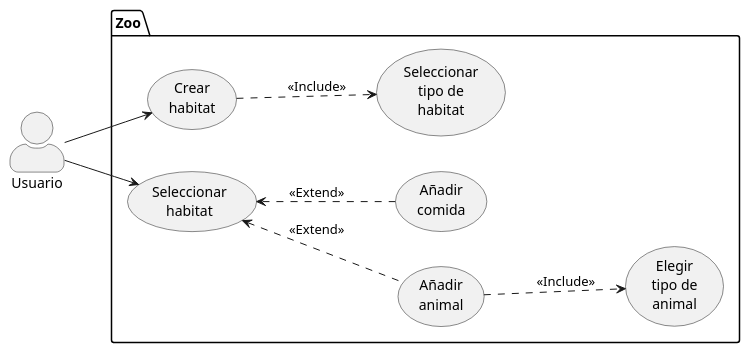
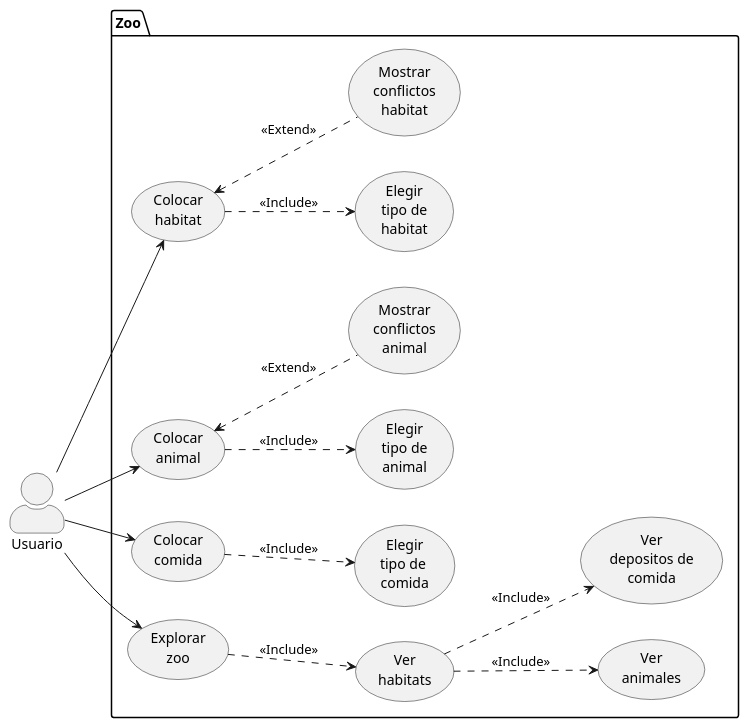
One commit to Askorin/Proyecto-Semestral changed the diagram in UML_Use_Case.puml. Above: the diagram before and after it, drawn with PlantUML.

Commit message:
Add: Nuevo diagrama de casos de uso añadido.

```diff
--- a/UML_Use_Case.puml
+++ b/UML_Use_Case.puml
@@ -1,38 +1,48 @@
 @startuml
 skinparam actorStyle awesome
 left to right direction
 
 actor Usuario as user
 
 ' Package de zoológico.
 package Zoo {
-  usecase (Crear\nhabitat) as UC1
-  usecase (Seleccionar\nhabitat) as UC2
-  usecase (Seleccionar\ntipo de\nhabitat) as UC3
+  usecase (Colocar\nhabitat) as ColHabitat
+  usecase (Colocar\nanimal) as ColAnimal
+  usecase (Colocar\ncomida) as ColComida
+  usecase (Explorar\nzoo) as ExZoo
+
+  usecase (Elegir\ntipo de\nhabitat) as TipoHabitat
+  usecase (Mostrar\nconflictos\nhabitat) as ConfHabitat
+
+  usecase (Elegir\ntipo de\nanimal) as TipoAnimal
+  usecase (Mostrar\nconflictos\nanimal) as ConfAnimal
   
-  usecase (Añadir\nanimal) as UC5
-  usecase (Añadir\ncomida) as UC6
+  usecase (Elegir\ntipo de \ncomida) as TipoComida
 
-  usecase (Elegir\ntipo de\nanimal) as UC7
+  usecase (Ver\nhabitats) as VerHabitats
+  usecase (Ver\nanimales) as VerAnimales
+  usecase (Ver\ndepositos de\ncomida) as VerDepsComida
 }
 
 
 ' Includes, un caso de uso incluye, implica, este otro caso de uso.
+ColHabitat ..> TipoHabitat : <<Include>>
+ColAnimal ..> TipoAnimal : <<Include>>
+ColComida ..> TipoComida : <<Include>>
+ExZoo ..> VerHabitats : <<Include>>
+VerHabitats ..> VerAnimales : <<Include>>
+VerHabitats ..> VerDepsComida : <<Include>>
 
-' Esto podría expandirse en distintas elecciones.
-UC1 ..> UC3 : <<Include>>
-UC5 ..> UC7 : <<Include>>
-
-
-' Extends, estas son opciones opcionales que se ramifican de un caso de uso.
-UC2 <.. UC5 : <<Extend>>
-UC2 <.. UC6 : <<Extend>>
+' Extends, estas son situaciones opcionales que se ramifican de un caso de uso.
+ColHabitat <.. ConfHabitat : <<Extend>>
+ColAnimal <.. ConfAnimal : <<Extend>>
 
 
 ' Casos de uso usuario principal.
-user --> UC1
-user --> UC2
-
+user --> ColHabitat
+user --> ColAnimal
+user --> ColComida
+user --> ExZoo
 
 
 @enduml
```
